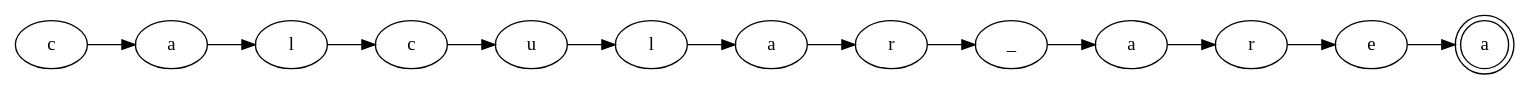
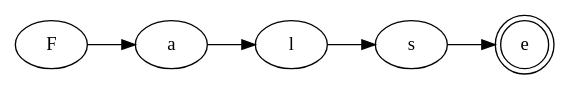
The diagram in src/main/java/archivos/grafo.dot (dxRony/LenguajesF), drawn with Graphviz before and after one commit. The commit also changed 83 other files, not shown here.

```diff
--- a/src/main/java/archivos/grafo.dot
+++ b/src/main/java/archivos/grafo.dot
@@ -1,28 +1,12 @@
 digraph{
 rankdir=LR
- node0 [label="c", shape=ellipse];
+ node0 [label="F", shape=ellipse];
  node1 [label="a", shape=ellipse];
   node0 -> node1;
  node2 [label="l", shape=ellipse];
   node1 -> node2;
- node3 [label="c", shape=ellipse];
+ node3 [label="s", shape=ellipse];
   node2 -> node3;
- node4 [label="u", shape=ellipse];
+ node4 [label="e", shape=doublecircle];
   node3 -> node4;
- node5 [label="l", shape=ellipse];
-  node4 -> node5;
- node6 [label="a", shape=ellipse];
-  node5 -> node6;
- node7 [label="r", shape=ellipse];
-  node6 -> node7;
- node8 [label="_", shape=ellipse];
-  node7 -> node8;
- node9 [label="a", shape=ellipse];
-  node8 -> node9;
- node10 [label="r", shape=ellipse];
-  node9 -> node10;
- node11 [label="e", shape=ellipse];
-  node10 -> node11;
- node12 [label="a", shape=doublecircle];
-  node11 -> node12;
 }
```
